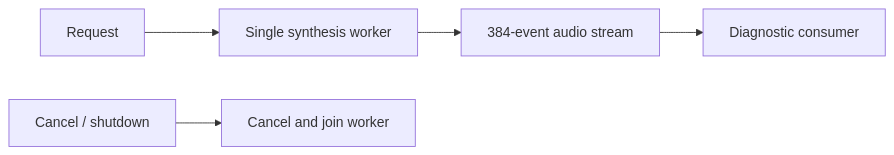
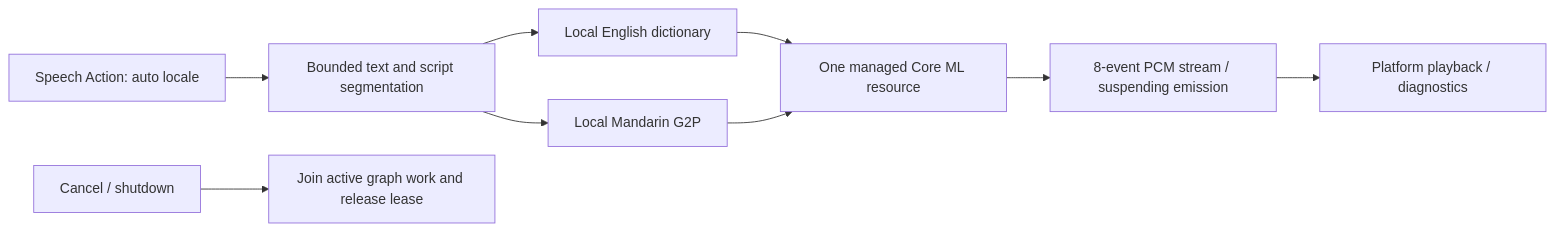
The diagram in MobileHarness/ModelKit/Speech/TTS/Kokoro/README.md (devilyouwei/MobileHarness), drawn with Mermaid before and after one commit. The commit also changed other lines of this file and 124 other files, not shown here.

````diff
--- a/MobileHarness/ModelKit/Speech/TTS/Kokoro/README.md
+++ b/MobileHarness/ModelKit/Speech/TTS/Kokoro/README.md
@@ -16,7 +18,11 @@
 ```mermaid
 flowchart LR
-    Request --> Worker[Single synthesis worker]
-    Worker --> Stream[384-event audio stream]
-    Stream --> Consumer[Diagnostic consumer]
-    Cancel[Cancel / shutdown] --> Join[Cancel and join worker]
+    Action[Speech Action: auto locale] --> Validate[Bounded text and script segmentation]
+    Validate --> English[Local English dictionary]
+    Validate --> Mandarin[Local Mandarin G2P]
+    English --> Resource[One managed Core ML resource]
+    Mandarin --> Resource
+    Resource --> PCM[8-event PCM stream / suspending emission]
+    PCM --> Play[Platform playback / diagnostics]
+    Cancel[Cancel / shutdown] --> Join[Join active graph work and release lease]
 ```
````
